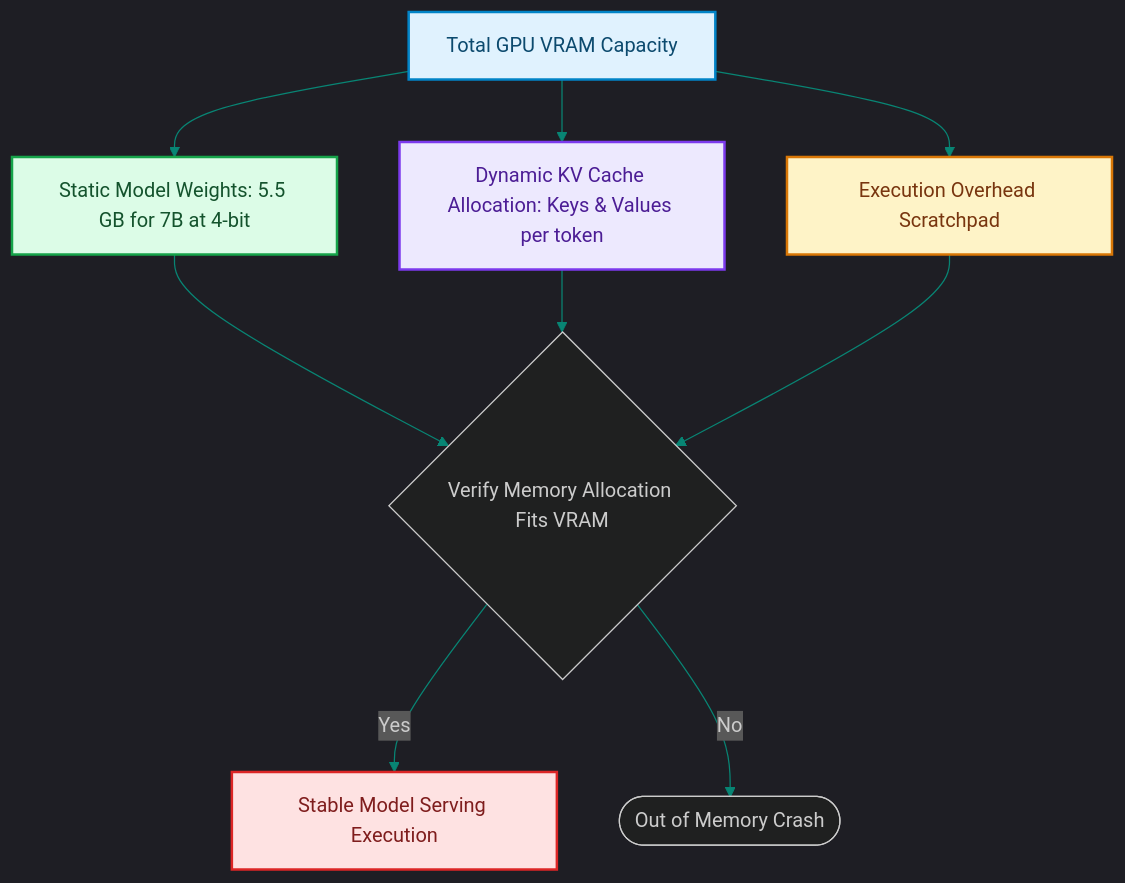
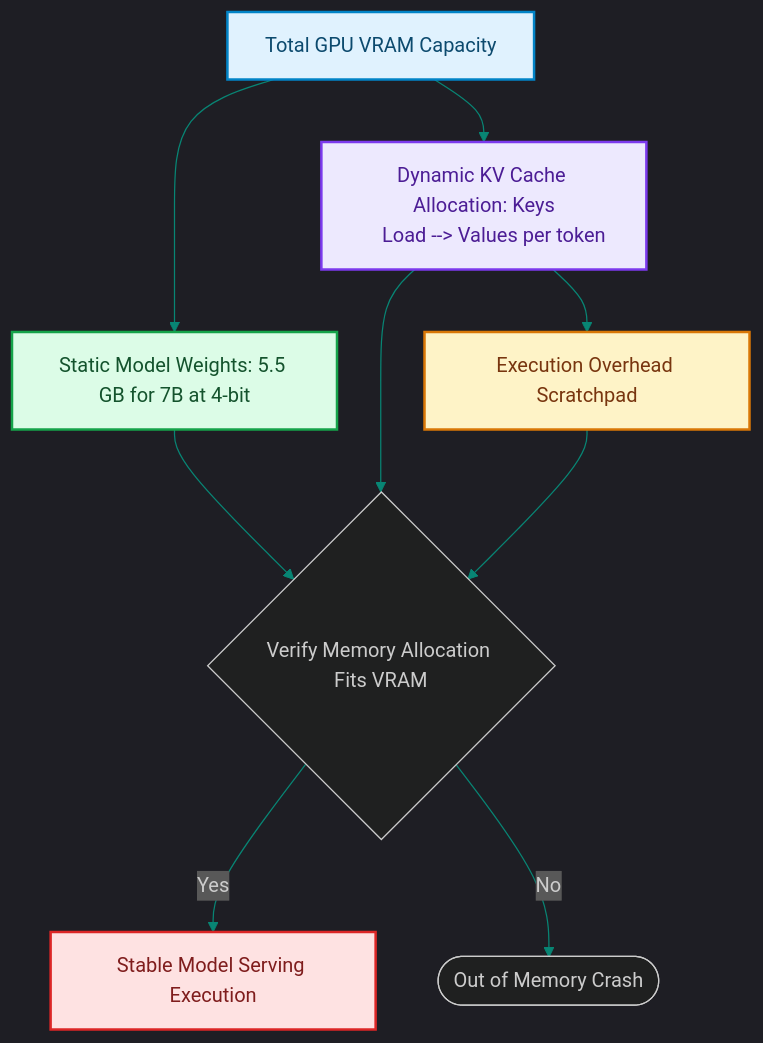
The diagram in blog/posts/serving-vram-allocation-budgets-kv-cache-optimization.md (akmalkhaniub/akmalkhaniub.github.io), drawn with Mermaid before and after one commit. The commit also changed 894 other files, not shown here.

Commit message:
feat(blog): upgrade all 444 posts with unique staggered dates, 2-col Mermaid spines, benchmark tables, code blocks, and trade-offs

````diff
--- a/blog/posts/serving-vram-allocation-budgets-kv-cache-optimization.md
+++ b/blog/posts/serving-vram-allocation-budgets-kv-cache-optimization.md
@@ -16,25 +16,26 @@
 ```mermaid
 %%{init: {'theme': 'dark', 'themeVariables': { 'primaryColor': '#088574', 'primaryTextColor': '#f3f4f6', 'primaryBorderColor': '#0db49b', 'lineColor': '#088574', 'secondaryColor': '#111827', 'tertiaryColor': '#0b0f19'}}}%%
 flowchart TD
     GPU["Total GPU VRAM Capacity"] --> Load["Static Model Weights: 5.5 GB for 7B at 4-bit"]
-    GPU --> KV["Dynamic KV Cache Allocation: Keys & Values per token"]
-    GPU --> Sys["Execution Overhead Scratchpad"]
+    GPU --> KV["Dynamic KV Cache Allocation: Keys
+    Load --> Values per token"]
+    KV --> Sys["Execution Overhead Scratchpad"]
     
     Load --> Run{Verify Memory Allocation Fits VRAM}
     KV --> Run
     Sys --> Run
     
     Run -->|Yes| OK["Stable Model Serving Execution"]
     Run -->|No| OOM([Out of Memory Crash])
 
 classDef green fill:#dcfce7,stroke:#16a34a,stroke-width:2px,color:#14532d;
 classDef red fill:#fee2e2,stroke:#dc2626,stroke-width:2px,color:#7f1d1d;
 classDef blue fill:#e0f2fe,stroke:#0284c7,stroke-width:2px,color:#0c4a6e;
 classDef yellow fill:#fef3c7,stroke:#d97706,stroke-width:2px,color:#78350f;
 classDef purple fill:#ede9fe,stroke:#7c3aed,stroke-width:2px,color:#4c1d95;
 class GPU blue
 class Load green
 class KV purple
 class Sys yellow
 class OK red
 ```
````
